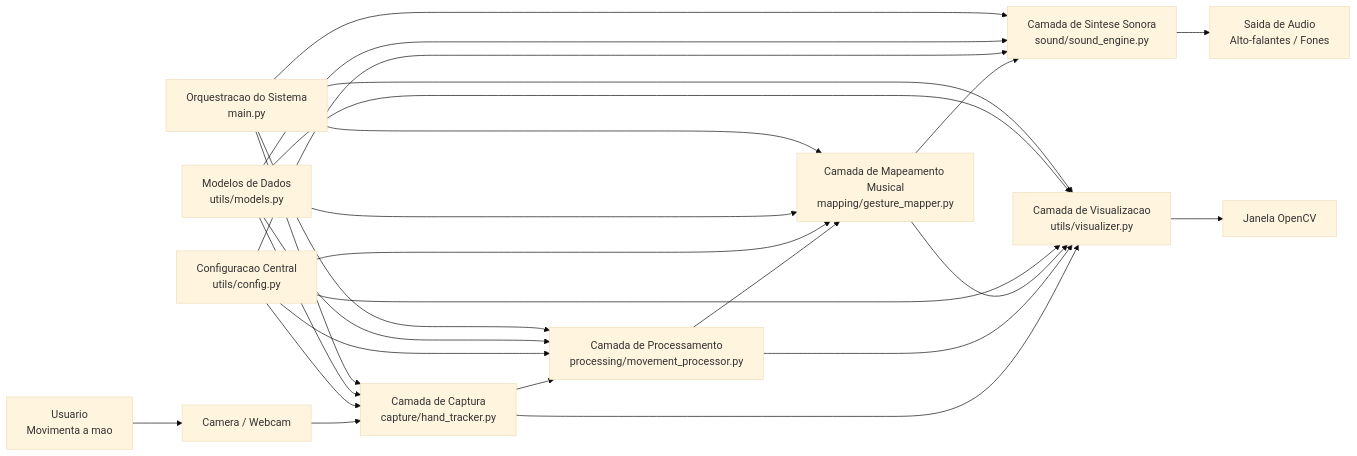
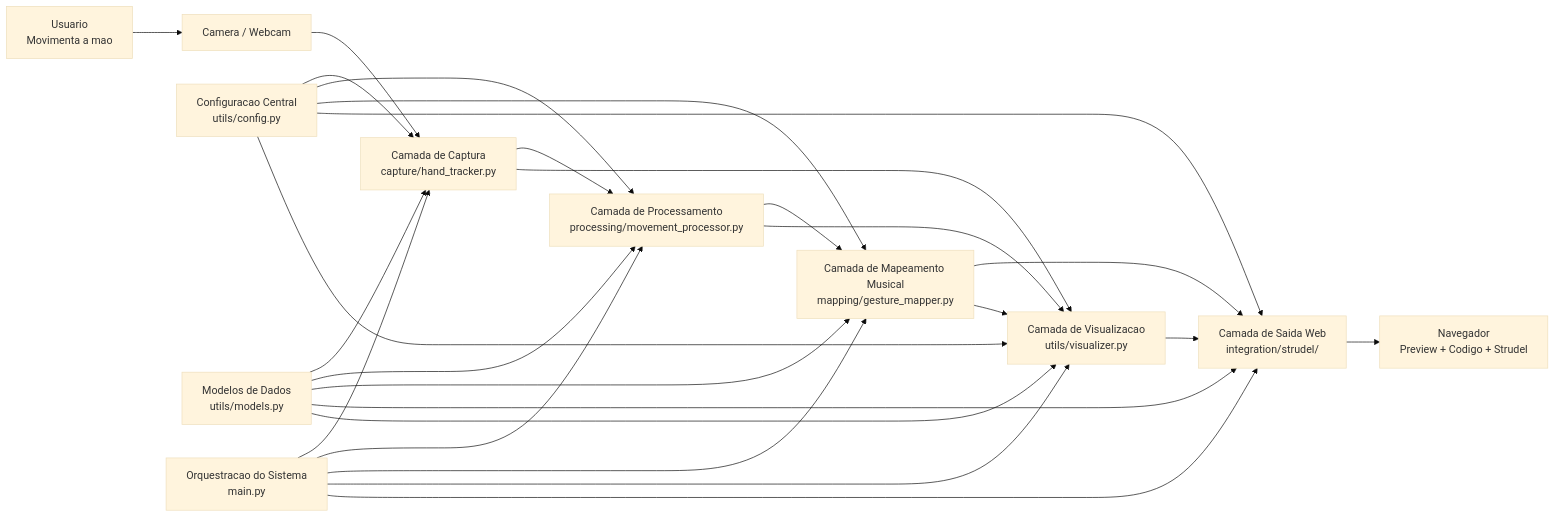
Before and after one commit to lavsouza/TCC: the first of 3 diagrams in docs/architecture.md, drawn with Mermaid (base theme). The commit also changed other lines of this file and 27 other files, not shown here.

````diff
--- a/docs/architecture.md
+++ b/docs/architecture.md
@@ -15,32 +11,31 @@
 ```mermaid
 flowchart LR
     user["Usuario<br/>Movimenta a mao"] --> camera["Camera / Webcam"]
     camera --> capture["Camada de Captura<br/>capture/hand_tracker.py"]
     capture --> processing["Camada de Processamento<br/>processing/movement_processor.py"]
     processing --> mapping["Camada de Mapeamento Musical<br/>mapping/gesture_mapper.py"]
-    mapping --> sound["Camada de Sintese Sonora<br/>sound/sound_engine.py"]
-    sound --> output["Saida de Audio<br/>Alto-falantes / Fones"]
-
+    mapping --> strudel["Camada de Saida Web<br/>integration/strudel/"]
     capture --> visualizer["Camada de Visualizacao<br/>utils/visualizer.py"]
     processing --> visualizer
     mapping --> visualizer
-    visualizer --> screen["Janela OpenCV"]
+    visualizer --> strudel
+    strudel --> browser["Navegador<br/>Preview + Codigo + Strudel"]
 
     config["Configuracao Central<br/>utils/config.py"] --> capture
     config --> processing
     config --> mapping
-    config --> sound
+    config --> strudel
     config --> visualizer
 
     models["Modelos de Dados<br/>utils/models.py"] --> capture
     models --> processing
     models --> mapping
-    models --> sound
+    models --> strudel
     models --> visualizer
 
     main["Orquestracao do Sistema<br/>main.py"] --> capture
     main --> processing
     main --> mapping
-    main --> sound
     main --> visualizer
+    main --> strudel
 ```
````
